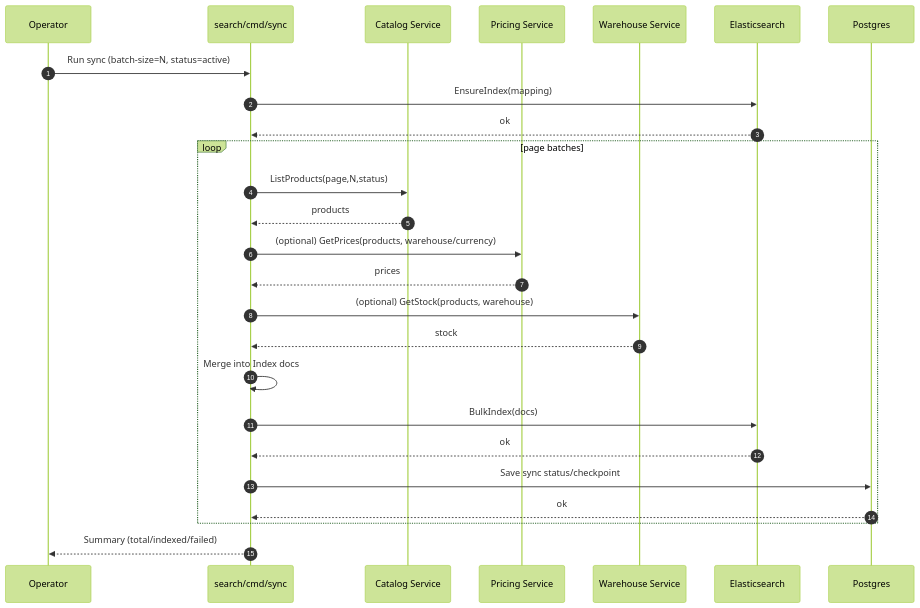
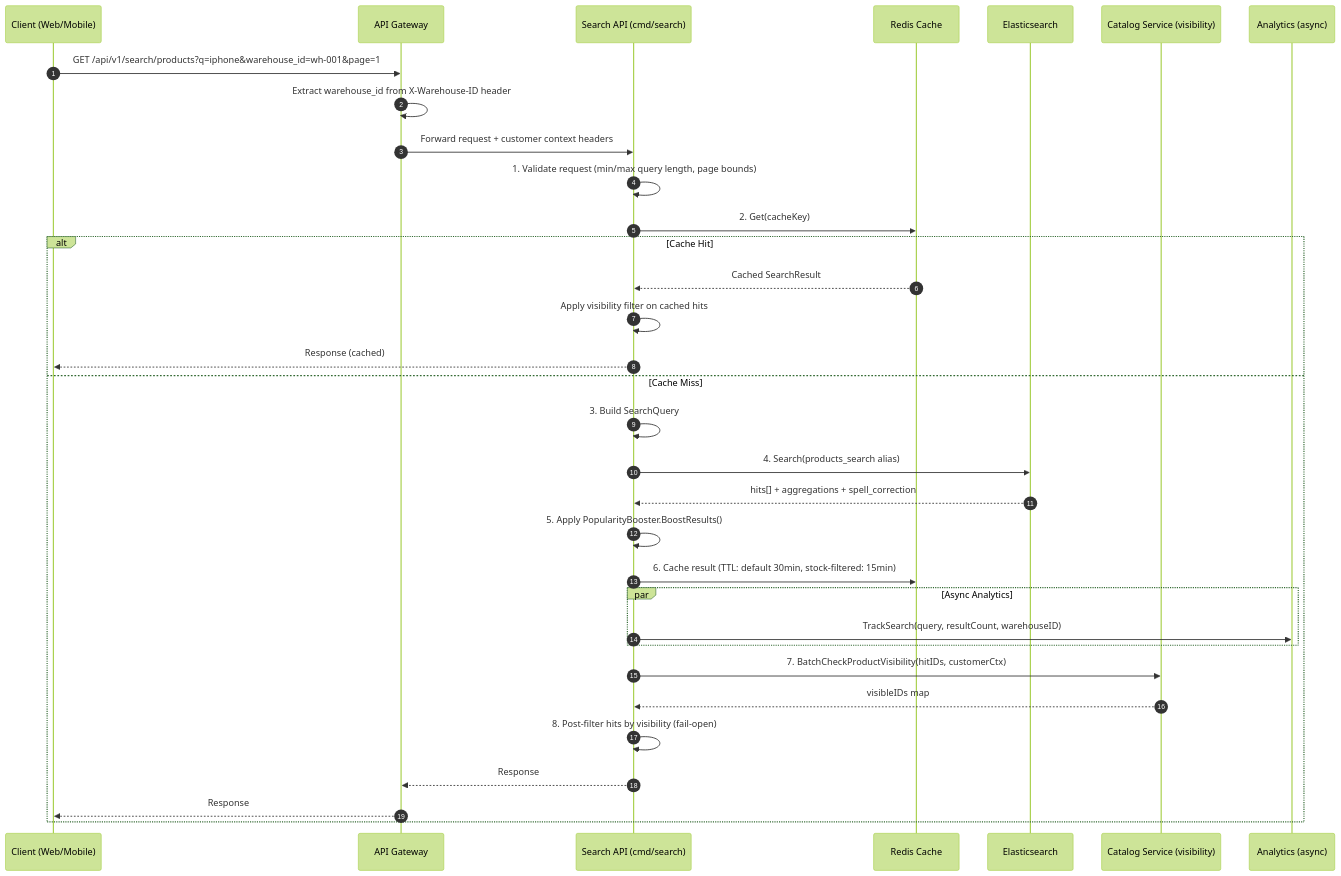
The eighth of 12 diagrams in 02-business-domains/content/search-discovery.md (vesviet/Composable-Commerce-Service-Architecture), drawn with Mermaid (forest theme) before and after one commit. The commit also changed other lines of this file and 9 other files, not shown here.

````diff
--- a/02-business-domains/content/search-discovery.md
+++ b/02-business-domains/content/search-discovery.md
@@ -649,35 +316,41 @@
 ```mermaid
 sequenceDiagram
-  autonumber
-  participant OP as Operator
-  participant SYNC as search/cmd/sync
-  participant CAT as Catalog Service
-  participant PR as Pricing Service
-  participant WH as Warehouse Service
-  participant ES as Elasticsearch
-  participant DB as Postgres
+    autonumber
+    participant C as Client (Web/Mobile)
+    participant G as API Gateway
+    participant S as Search API (cmd/search)
+    participant R as Redis Cache
+    participant ES as Elasticsearch
+    participant CAT as Catalog Service (visibility)
+    participant A as Analytics (async)
 
-  OP->>SYNC: Run sync (batch-size=N, status=active)
-  SYNC->>ES: EnsureIndex(mapping)
-  ES-->>SYNC: ok
+    C->>G: GET /api/v1/search/products?q=iphone&warehouse_id=wh-001&page=1
+    G->>G: Extract warehouse_id from X-Warehouse-ID header
+    G->>S: Forward request + customer context headers
 
-  loop page batches
-    SYNC->>CAT: ListProducts(page,N,status)
-    CAT-->>SYNC: products
+    S->>S: 1. Validate request (min/max query length, page bounds)
+    S->>R: 2. Get(cacheKey)
+    alt Cache Hit
+        R-->>S: Cached SearchResult
+        S->>S: Apply visibility filter on cached hits
+        S-->>C: Response (cached)
+    else Cache Miss
+        S->>S: 3. Build SearchQuery
+        S->>ES: 4. Search(products_search alias)
+        ES-->>S: hits[] + aggregations + spell_correction
 
-    SYNC->>PR: (optional) GetPrices(products, warehouse/currency)
-    PR-->>SYNC: prices
+        S->>S: 5. Apply PopularityBooster.BoostResults()
+        S->>R: 6. Cache result (TTL: default 30min, stock-filtered: 15min)
+        
+        par Async Analytics
+            S->>A: TrackSearch(query, resultCount, warehouseID)
+        end
 
-    SYNC->>WH: (optional) GetStock(products, warehouse)
-    WH-->>SYNC: stock
+        S->>CAT: 7. BatchCheckProductVisibility(hitIDs, customerCtx)
+        CAT-->>S: visibleIDs map
+        S->>S: 8. Post-filter hits by visibility (fail-open)
 
-    SYNC->>SYNC: Merge into Index docs
-    SYNC->>ES: BulkIndex(docs)
-    ES-->>SYNC: ok
-
-    SYNC->>DB: Save sync status/checkpoint
-    DB-->>SYNC: ok
-  end
-
-  SYNC-->>OP: Summary (total/indexed/failed)
+        S-->>G: Response
+        G-->>C: Response
+    end
 ```
````
